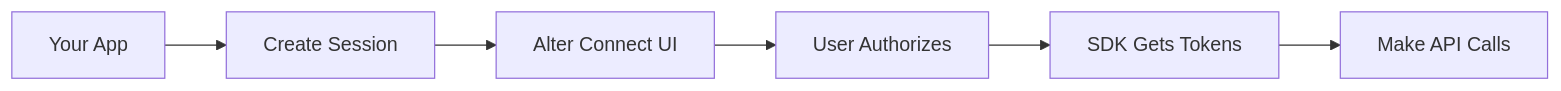
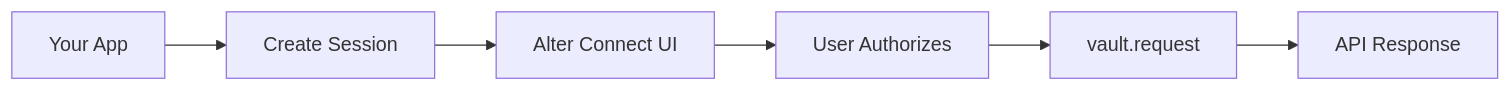
Before and after one commit to AlterAIDev/docs: the diagram in quickstart.mdx, drawn with Mermaid. The commit also changed other lines of this file and 11 other files, not shown here.

````diff
--- a/quickstart.mdx
+++ b/quickstart.mdx
@@ -15,8 +15,8 @@
 ```mermaid
 graph LR
     A[Your App] --> B[Create Session]
     B --> C[Alter Connect UI]
     C --> D[User Authorizes]
-    D --> E[SDK Gets Tokens]
-    E --> F[Make API Calls]
+    D --> E[vault.request]
+    E --> F[API Response]
 ```
````
